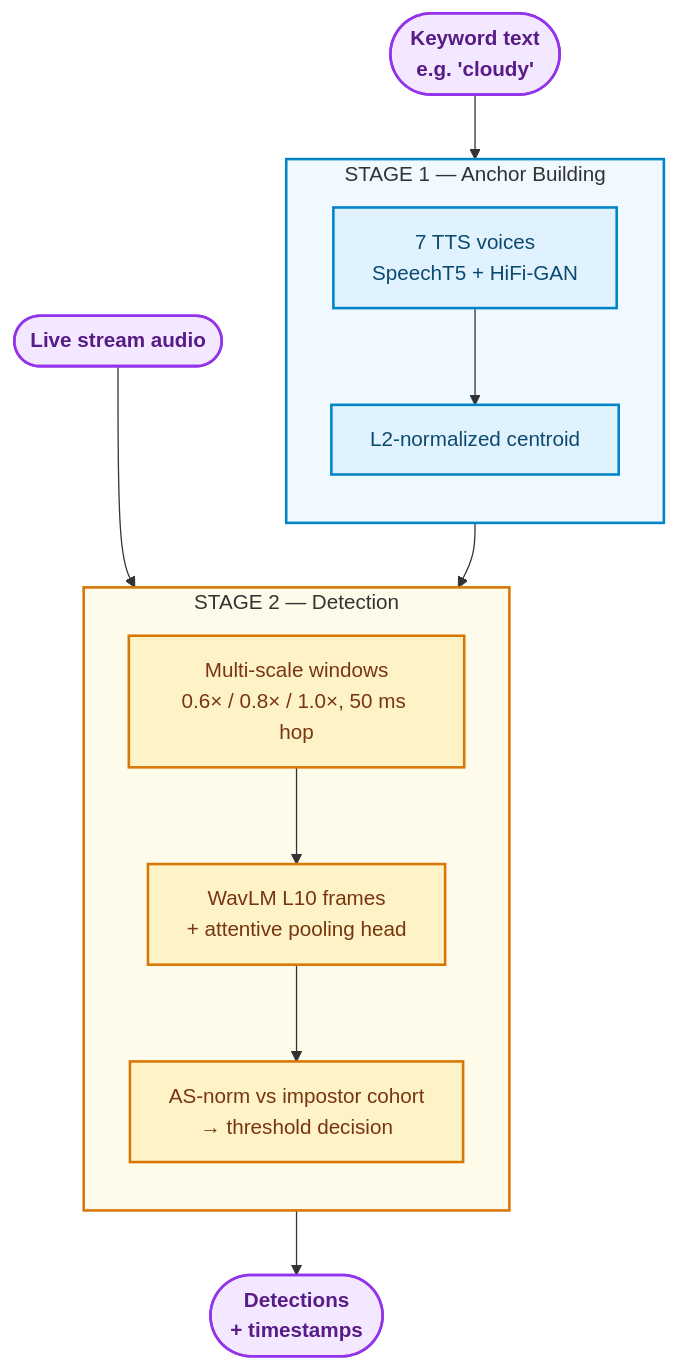
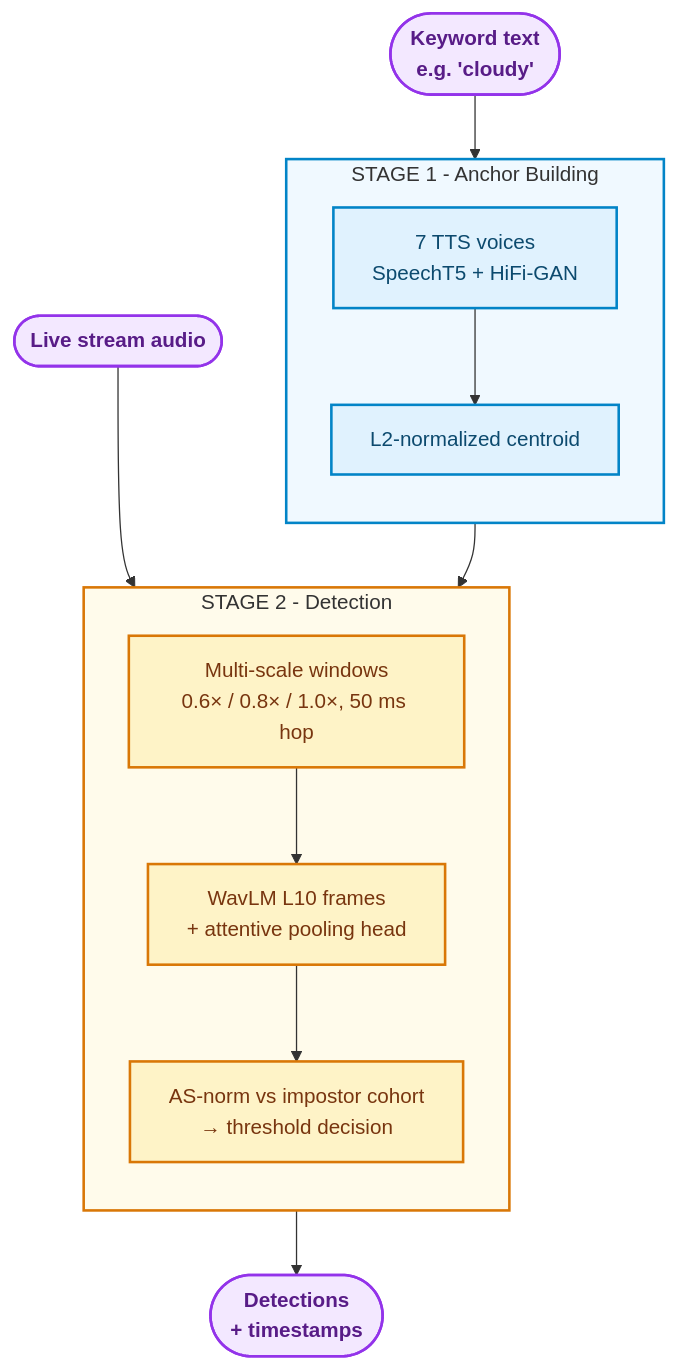
The diagram in Siamese_VMS_Project/README.md (Fawwad795/Video-Context-Extraction-System), drawn with Mermaid before and after one commit. The commit also changed other lines of this file and 6 other files, not shown here.

````diff
--- a/Siamese_VMS_Project/README.md
+++ b/Siamese_VMS_Project/README.md
@@ -83,37 +83,37 @@
 ```mermaid
 flowchart TD
     KW(["Keyword text<br/><b>e.g. 'cloudy'</b>"])
     STREAM(["Live stream audio"])
     RESULT(["Detections<br/><b>+ timestamps</b>"])
 
-    subgraph S1["STAGE 1 — Anchor Building"]
+    subgraph S1["STAGE 1 - Anchor Building"]
         direction TB
         TTS["7 TTS voices<br/>SpeechT5 + HiFi-GAN"]
         CENTROID["L2-normalized centroid"]
         TTS --> CENTROID
     end
 
-    subgraph S2["STAGE 2 — Detection"]
+    subgraph S2["STAGE 2 - Detection"]
         direction TB
         SLIDE["Multi-scale windows<br/>0.6× / 0.8× / 1.0×, 50 ms hop"]
         EMBED["WavLM L10 frames<br/>+ attentive pooling head"]
         ASNORM["AS-norm vs impostor cohort<br/>→ threshold decision"]
         SLIDE --> EMBED --> ASNORM
     end
 
     KW --> TTS
     CENTROID --> EMBED
     STREAM --> SLIDE
     ASNORM --> RESULT
 
     classDef io fill:#f3e8ff,stroke:#9333ea,stroke-width:2px,color:#581c87,font-weight:bold
     classDef stage1 fill:#e0f2fe,stroke:#0284c7,stroke-width:2px,color:#0c4a6e
     classDef stage2 fill:#fef3c7,stroke:#d97706,stroke-width:2px,color:#78350f
 
     class KW,STREAM,RESULT io
     class TTS,CENTROID stage1
     class SLIDE,EMBED,ASNORM stage2
 
     style S1 fill:#f0f9ff,stroke:#0284c7,stroke-width:2px
     style S2 fill:#fffbeb,stroke:#d97706,stroke-width:2px
 ```
````
